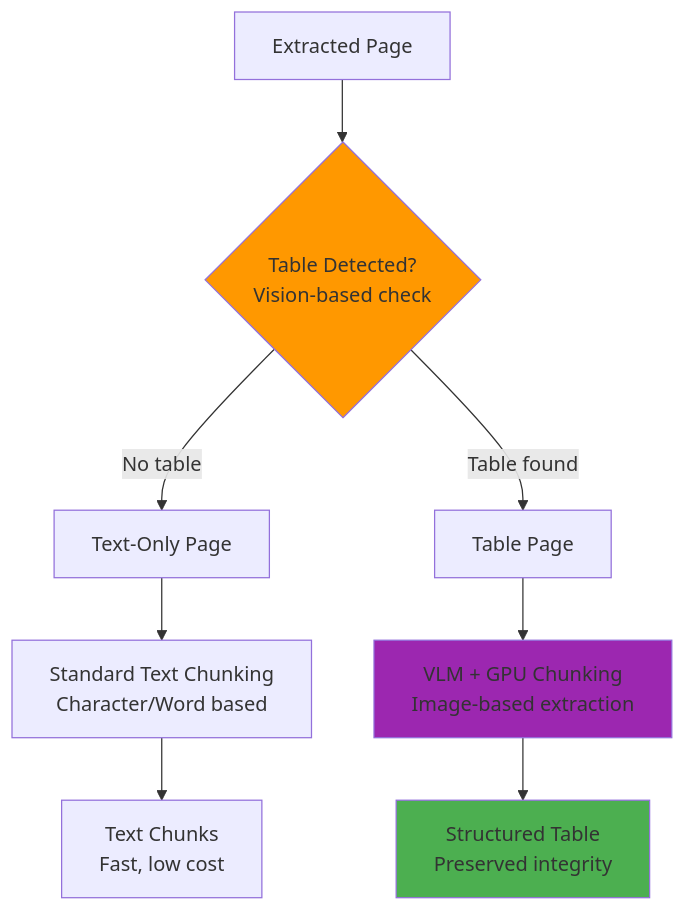
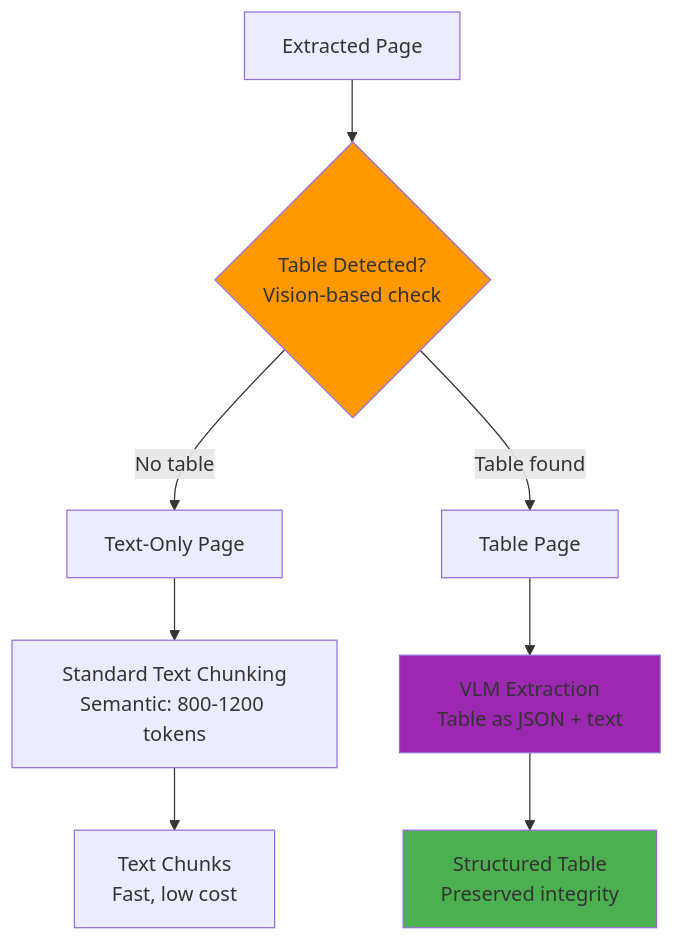
Before and after one commit to anguyenbus/case_chat: the second of 4 diagrams in case_assistant/system_design/02-document-ingestion.md, drawn with Mermaid. The commit also changed other lines of this file, not shown here.

````diff
--- a/case_assistant/system_design/02-document-ingestion.md
+++ b/case_assistant/system_design/02-document-ingestion.md
@@ -152,30 +100,28 @@
 ```mermaid
 graph TB
     PAGE[Extracted Page]
-
-    TABLE_DETECT{Table Detected?<br>Vision-based check}
+    TABLE_DETECT{Table Detected?<br/>Vision-based check}
 
     TEXT_PATH[Text-Only Page]
     TABLE_PATH[Table Page]
 
-    TEXT_CHUNK[Standard Text Chunking<br>Character/Word based]
-    VLM_CHUNK[VLM + GPU Chunking<br>Image-based extraction]
+    TEXT_CHUNK[Standard Text Chunking<br/>Semantic: 800-1200 tokens]
+    VLM_CHUNK[VLM Extraction<br/>Table as JSON + text]
 
-    TEXT_OUT[Text Chunks<br>Fast, low cost]
-    TABLE_OUT[Structured Table<br>Preserved integrity]
+    TEXT_OUT[Text Chunks<br/>Fast, low cost]
+    TABLE_OUT[Structured Table<br/>Preserved integrity]
 
     PAGE --> TABLE_DETECT
-
     TABLE_DETECT -->|No table| TEXT_PATH
     TABLE_DETECT -->|Table found| TABLE_PATH
 
     TEXT_PATH --> TEXT_CHUNK
     TABLE_PATH --> VLM_CHUNK
 
     TEXT_CHUNK --> TEXT_OUT
     VLM_CHUNK --> TABLE_OUT
 
     style TABLE_DETECT fill:#FF9800
     style VLM_CHUNK fill:#9C27B0
     style TABLE_OUT fill:#4CAF50
 ```
````
